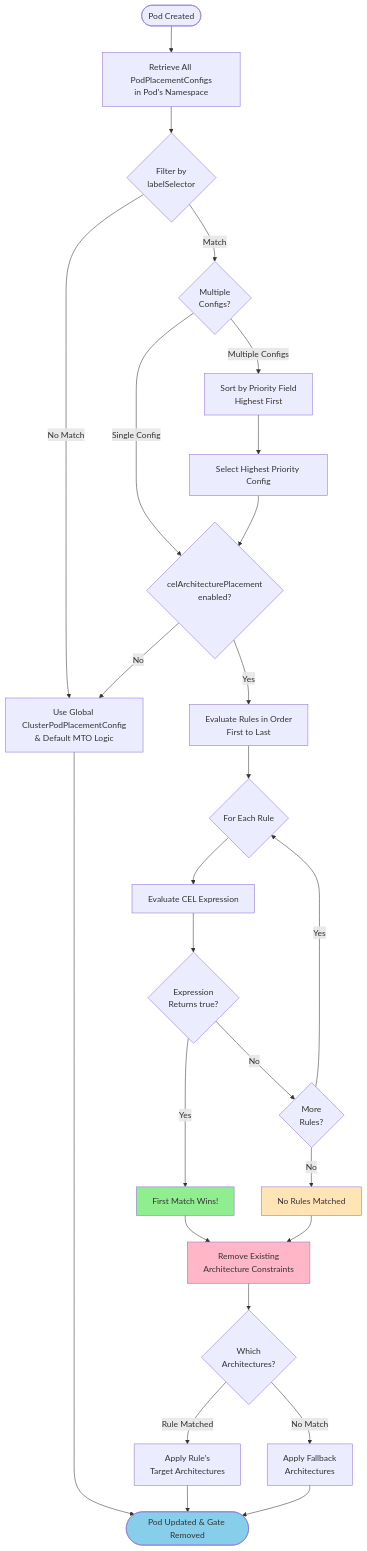
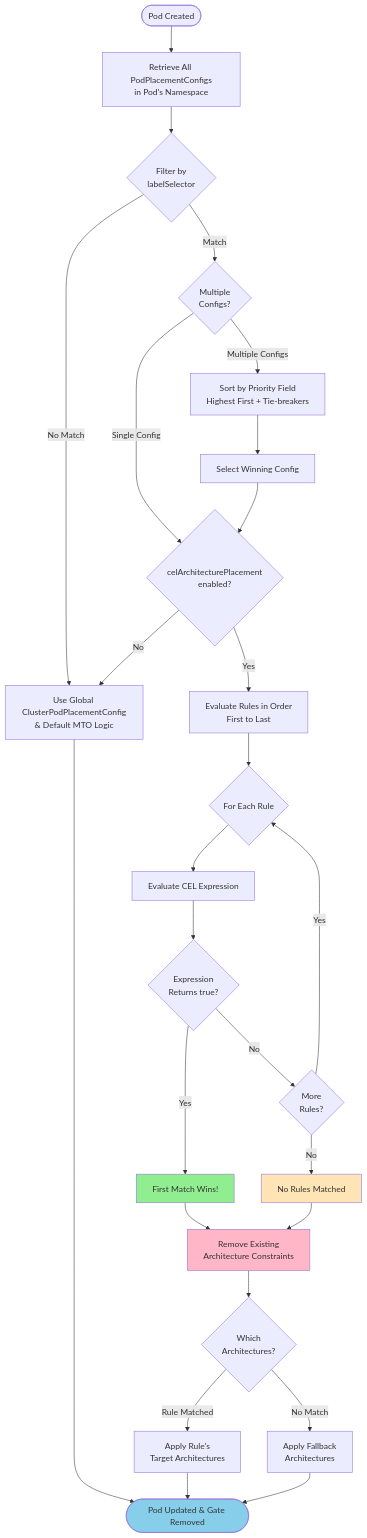
The second of 3 diagrams in docs/enhancements/MTO-0005-architecture-rules-plugin.md (outrigger-project/multiarch-tuning-operator), drawn with Mermaid before and after one commit. The commit also changed other lines of this file, not shown here.

````diff
--- a/docs/enhancements/MTO-0005-architecture-rules-plugin.md
+++ b/docs/enhancements/MTO-0005-architecture-rules-plugin.md
@@ -658,43 +735,43 @@
 ```mermaid
 flowchart TD
     Start([Pod Created]) --> GetConfigs[Retrieve All PodPlacementConfigs<br/>in Pod's Namespace]
     GetConfigs --> FilterLabel{Filter by<br/>labelSelector}
-    
+
     FilterLabel -->|No Match| UseGlobal[Use Global ClusterPodPlacementConfig<br/>& Default MTO Logic]
     FilterLabel -->|Match| CheckMultiple{Multiple<br/>Configs?}
-    
+
     CheckMultiple -->|Single Config| CheckEnabled{celArchitecturePlacement<br/>enabled?}
-    CheckMultiple -->|Multiple Configs| SortPriority[Sort by Priority Field<br/>Highest First]
-    
-    SortPriority --> SelectHighest[Select Highest Priority Config]
+    CheckMultiple -->|Multiple Configs| SortPriority[Sort by Priority Field<br/>Highest First + Tie-breakers]
+
+    SortPriority --> SelectHighest[Select Winning Config]
     SelectHighest --> CheckEnabled
-    
+
     CheckEnabled -->|No| UseGlobal
     CheckEnabled -->|Yes| EvalRules[Evaluate Rules in Order<br/>First to Last]
-    
+
     EvalRules --> RuleLoop{For Each Rule}
     RuleLoop --> EvalExpr[Evaluate CEL Expression]
-    
+
     EvalExpr --> ExprResult{Expression<br/>Returns true?}
     ExprResult -->|Yes| FirstMatch[First Match Wins!]
     ExprResult -->|No| MoreRules{More<br/>Rules?}
-    
+
     MoreRules -->|Yes| RuleLoop
     MoreRules -->|No| NoMatch[No Rules Matched]
-    
+
     FirstMatch --> RemoveConstraints[Remove Existing<br/>Architecture Constraints]
     NoMatch --> RemoveConstraints
-    
+
     RemoveConstraints --> ApplyNew{Which<br/>Architectures?}
     ApplyNew -->|Rule Matched| UseRuleArch[Apply Rule's<br/>Target Architectures]
     ApplyNew -->|No Match| UseFallback[Apply Fallback<br/>Architectures]
-    
+
     UseRuleArch --> Complete([Pod Updated & Gate Removed])
     UseFallback --> Complete
     UseGlobal --> Complete
-    
+
     style FirstMatch fill:#90EE90
     style NoMatch fill:#FFE4B5
     style RemoveConstraints fill:#FFB6C6
     style Complete fill:#87CEEB
 ```
````
